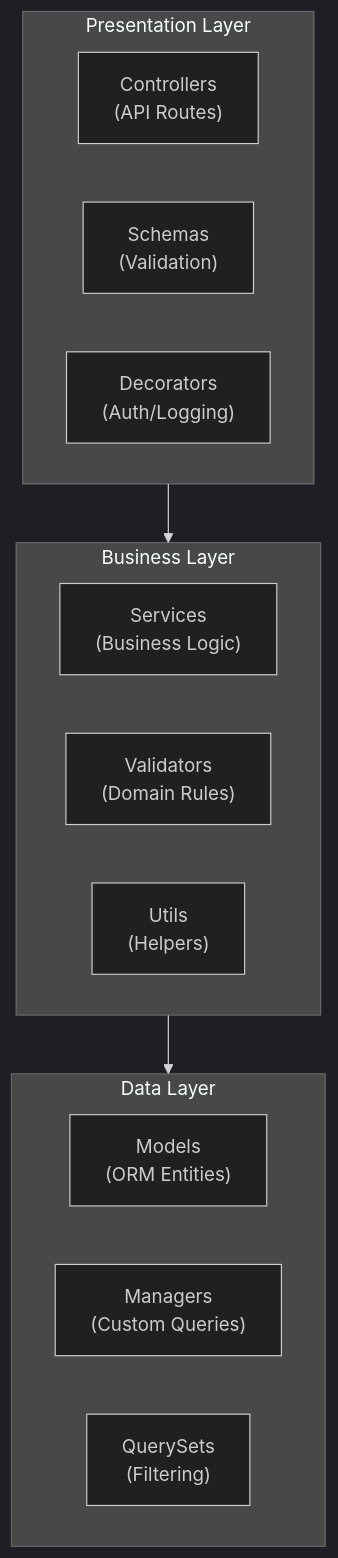
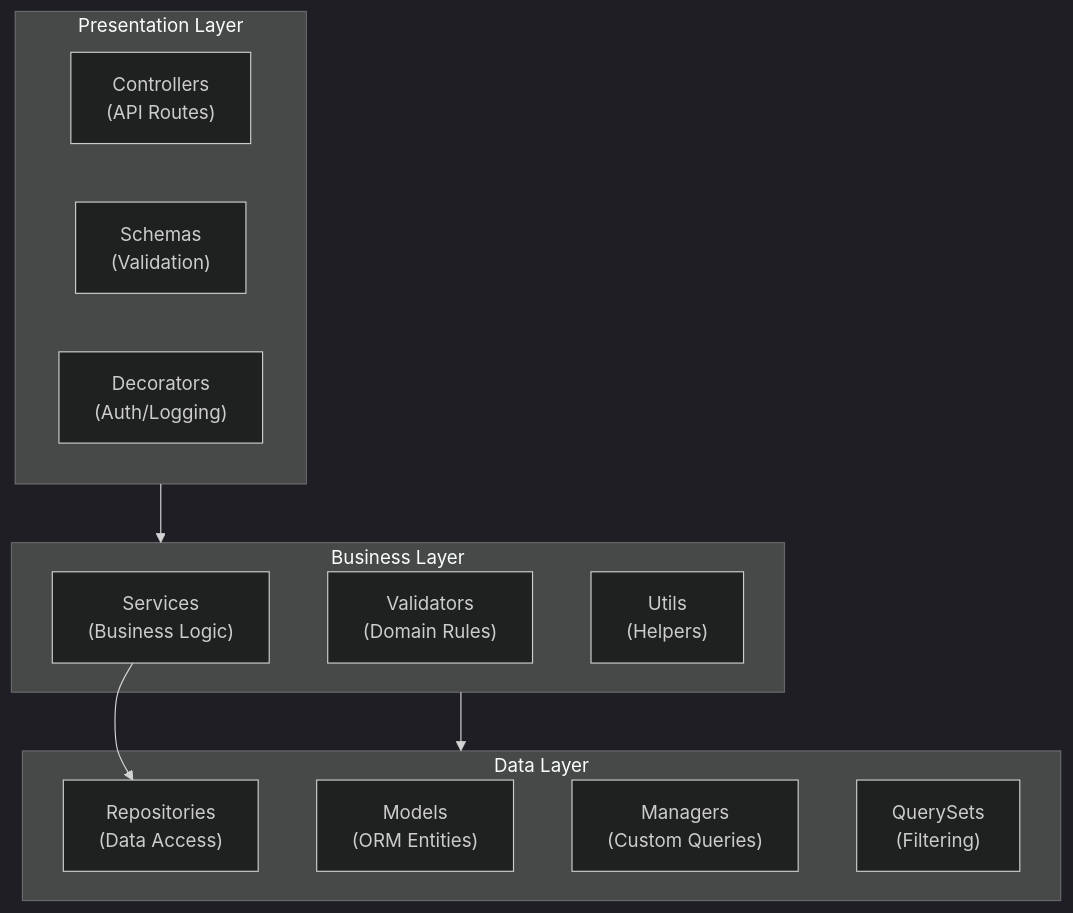
The third of 12 diagrams in docs/ARCHITECTURE.md (mattjaikaran/django-ninja-boilerplate), drawn with Mermaid (dark theme) before and after one commit. The commit also changed other lines of this file and 3 other files, not shown here.

````diff
--- a/docs/ARCHITECTURE.md
+++ b/docs/ARCHITECTURE.md
@@ -342,22 +347,24 @@
 ```mermaid
 graph TB
     subgraph Presentation["Presentation Layer"]
         Controllers["Controllers<br/>(API Routes)"]
         Schemas["Schemas<br/>(Validation)"]
         Decorators["Decorators<br/>(Auth/Logging)"]
     end
 
     subgraph Business["Business Layer"]
         Services["Services<br/>(Business Logic)"]
         Validators["Validators<br/>(Domain Rules)"]
         Utils["Utils<br/>(Helpers)"]
     end
 
     subgraph Data["Data Layer"]
+        Repositories["Repositories<br/>(Data Access)"]
         Models["Models<br/>(ORM Entities)"]
         Managers["Managers<br/>(Custom Queries)"]
         QuerySets["QuerySets<br/>(Filtering)"]
     end
 
     Presentation --> Business --> Data
+    Services --> Repositories
 ```
````
